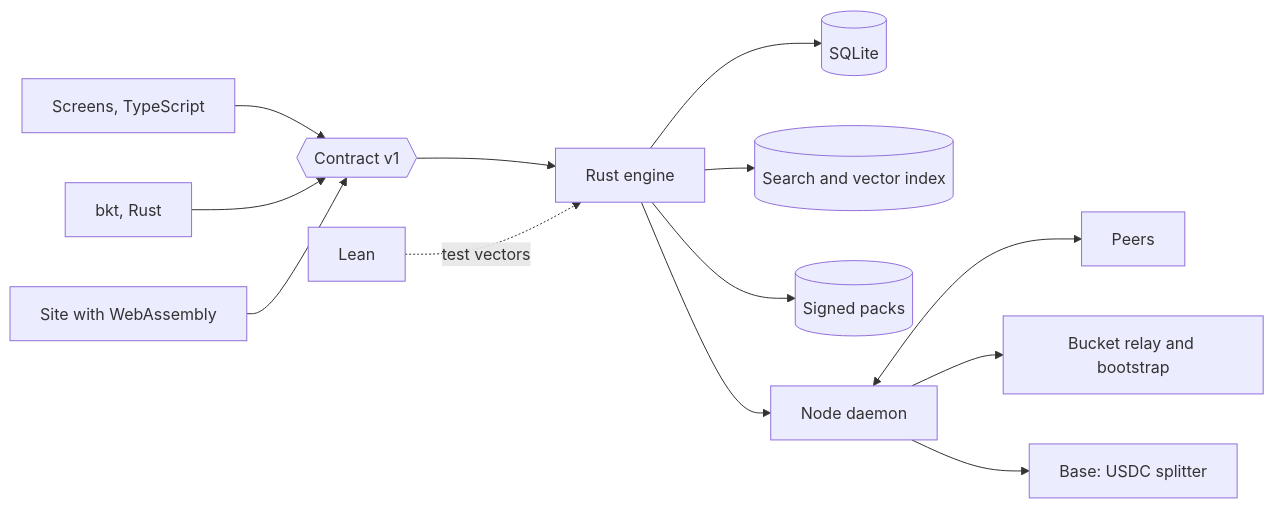
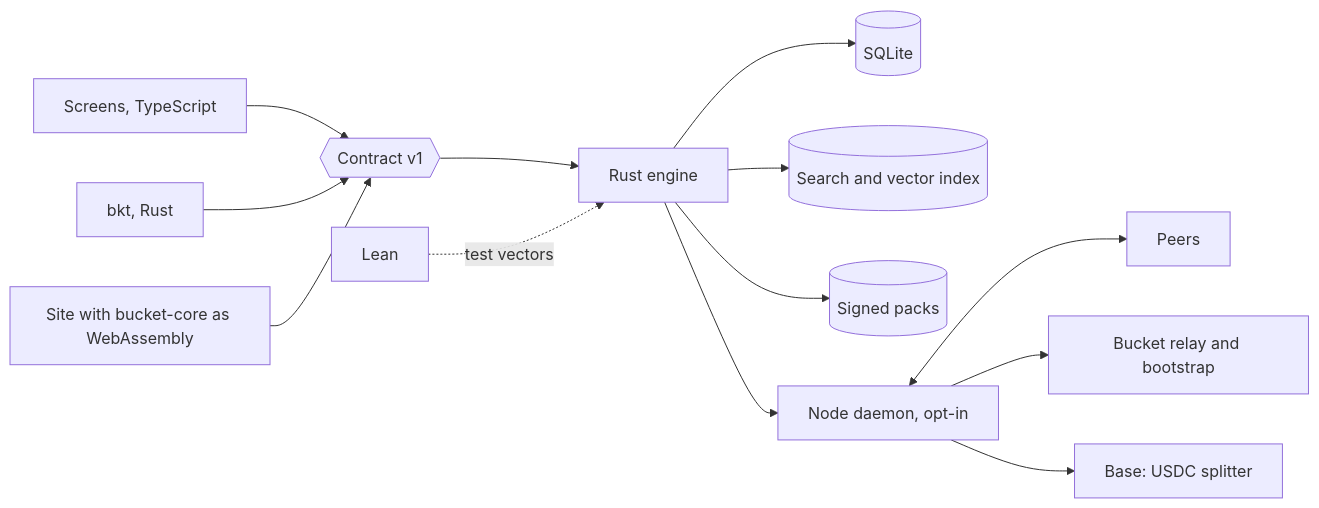
One commit to bucket-foundation/bucket-foundation changed the diagram in docs/ARCHITECTURE-TARGET.md. Above: the diagram before and after it, drawn with Mermaid. The commit also changed other lines of this file, not shown here.

First line of the commit message:
docs(architecture): target architecture v2 after critic round 1

````diff
--- a/docs/ARCHITECTURE-TARGET.md
+++ b/docs/ARCHITECTURE-TARGET.md
@@ -31,15 +41,15 @@
 ```mermaid
 flowchart LR
   UI[Screens, TypeScript] --> C{{Contract v1}}
   TUI[bkt, Rust] --> C
-  Web[Site with WebAssembly] --> C
+  Web[Site with bucket-core as WebAssembly] --> C
   C --> E[Rust engine]
   E --> DB[(SQLite)]
   E --> IX[(Search and vector index)]
   E --> PK[(Signed packs)]
-  E --> N[Node daemon]
+  E --> N[Node daemon, opt-in]
   N <--> P[Peers]
   N --> R[Bucket relay and bootstrap]
   N --> B[Base: USDC splitter]
   L[Lean] -. test vectors .-> E
 ```
````
